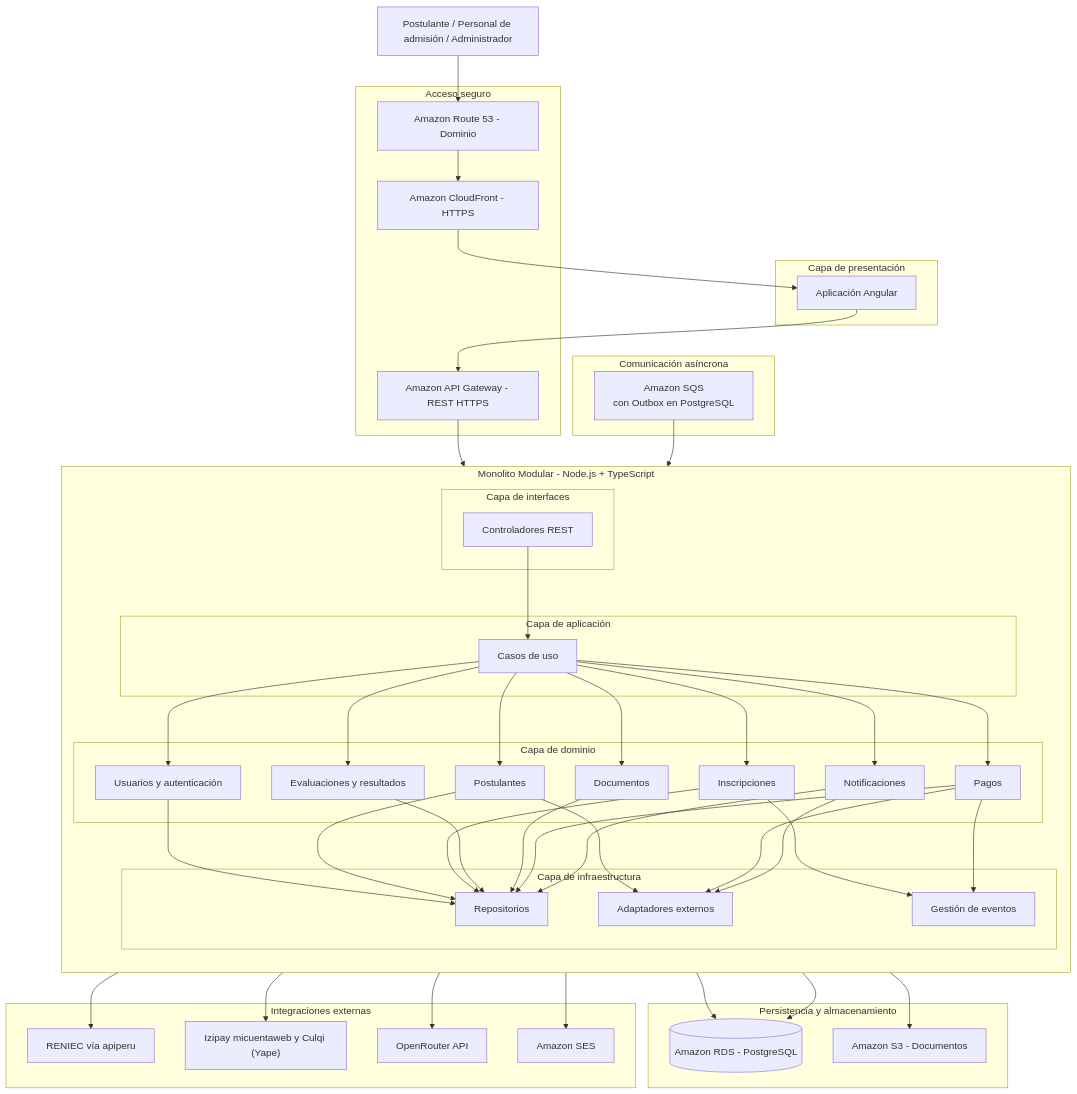
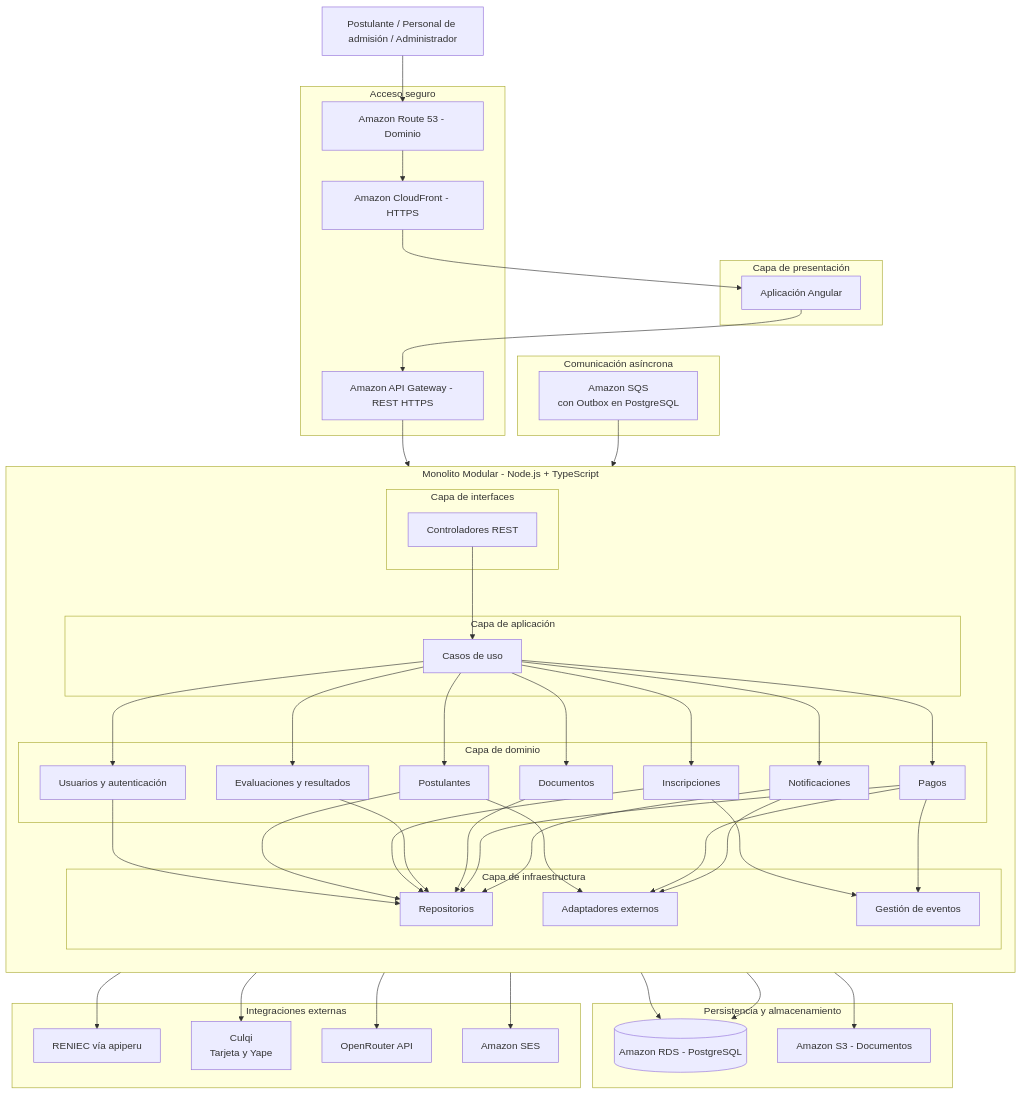
One commit to DiegoCoras06/sia-unsch-admision changed the diagram in docs/02-arquitectura-de-software/08-arquitectura-inicial.md. Above: the diagram before and after it, drawn with Mermaid. The commit also changed other lines of this file and 66 other files, not shown here.

First line of the commit message:
Pagos: Culqi como única pasarela, con tarjeta y Yape (ADR-024)

```diff
--- a/docs/02-arquitectura-de-software/08-arquitectura-inicial.md
+++ b/docs/02-arquitectura-de-software/08-arquitectura-inicial.md
@@ -87,7 +87,7 @@
 
     subgraph EXTERNOS["Integraciones externas"]
         ID["RENIEC vía apiperu"]
-        PG["Izipay micuentaweb y Culqi (Yape)"]
+        PG["Culqi<br/>Tarjeta y Yape"]
         AI["OpenRouter API"]
         SES["Amazon SES"]
     end
```
